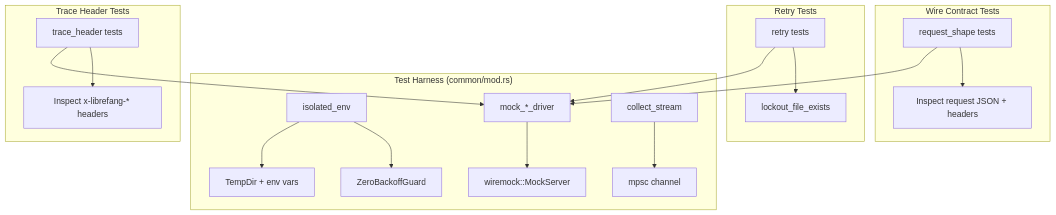
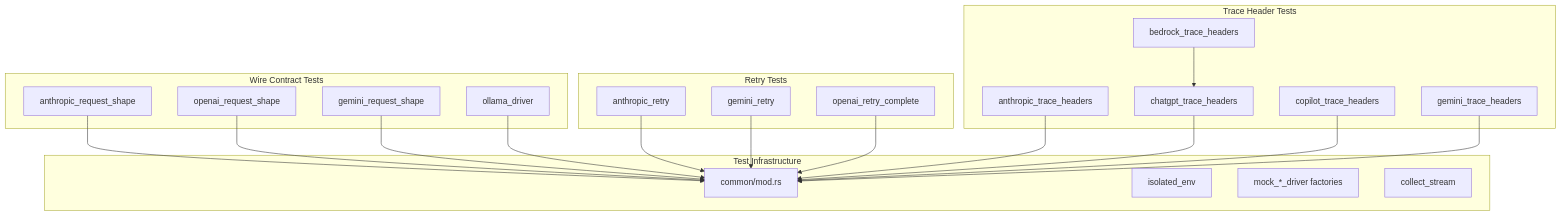
Before and after one commit to leszek3737/librefang-WIki: the diagram in other-librefang-llm-drivers-tests.md, drawn with Mermaid. The commit also changed other lines of this file and 128 other files, not shown here.

````diff
--- a/other-librefang-llm-drivers-tests.md
+++ b/other-librefang-llm-drivers-tests.md
@@ -13,24 +11,43 @@
 ```mermaid
 graph TD
-    subgraph "Test Harness (common/mod.rs)"
-        IE[isolated_env] --> TD[TempDir + env vars]
-        IE --> ZB[ZeroBackoffGuard]
-        MD[mock_*_driver] --> WS[wiremock::MockServer]
-        CS[collect_stream] --> TX[mpsc channel]
+    subgraph Test Infrastructure
+        CE[common/mod.rs]
+        IE[isolated_env]
+        MD[mock_*_driver factories]
+        CS[collect_stream]
     end
 
-    subgraph "Wire Contract Tests"
-        RS[request_shape tests] --> MD
-        RS --> RQ[Inspect request JSON + headers]
+    subgraph Wire Contract Tests
+        ARS[anthropic_request_shape]
+        ORS[openai_request_shape]
+        GRS[gemini_request_shape]
+        ODR[ollama_driver]
     end
 
-    subgraph "Retry Tests"
-        RT[retry tests] --> MD
-        RT --> LF[lockout_file_exists]
+    subgraph Retry Tests
+        ARE[anthropic_retry]
+        GRE[gemini_retry]
+        ORC[openai_retry_complete]
     end
 
-    subgraph "Trace Header Tests"
-        TH[trace_header tests] --> MD
-        TH --> HD[Inspect x-librefang-* headers]
+    subgraph Trace Header Tests
+        ATH[anthropic_trace_headers]
+        BTH[bedrock_trace_headers]
+        CTH[chatgpt_trace_headers]
+        CPTH[copilot_trace_headers]
+        GTH[gemini_trace_headers]
     end
+
+    ARS --> CE
+    ORS --> CE
+    GRS --> CE
+    ODR --> CE
+    ARE --> CE
+    GRE --> CE
+    ORC --> CE
+    ATH --> CE
+    BTH --> CTH
+    CTH --> CE
+    CPTH --> CE
+    GTH --> CE
 ```
````
